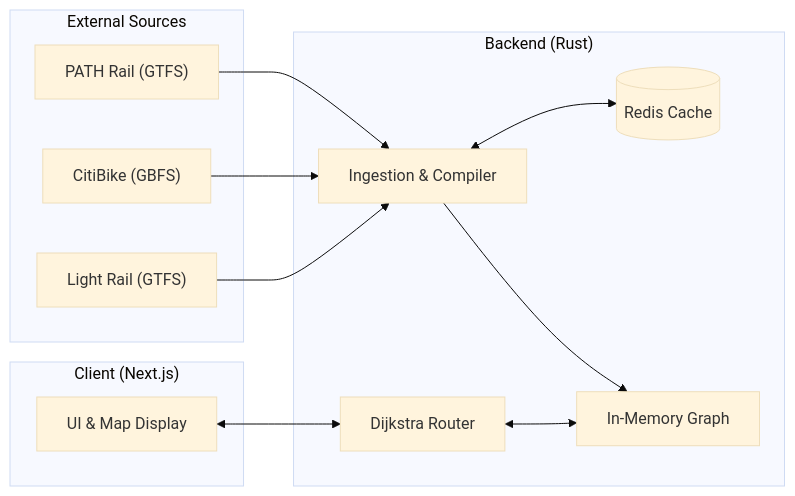
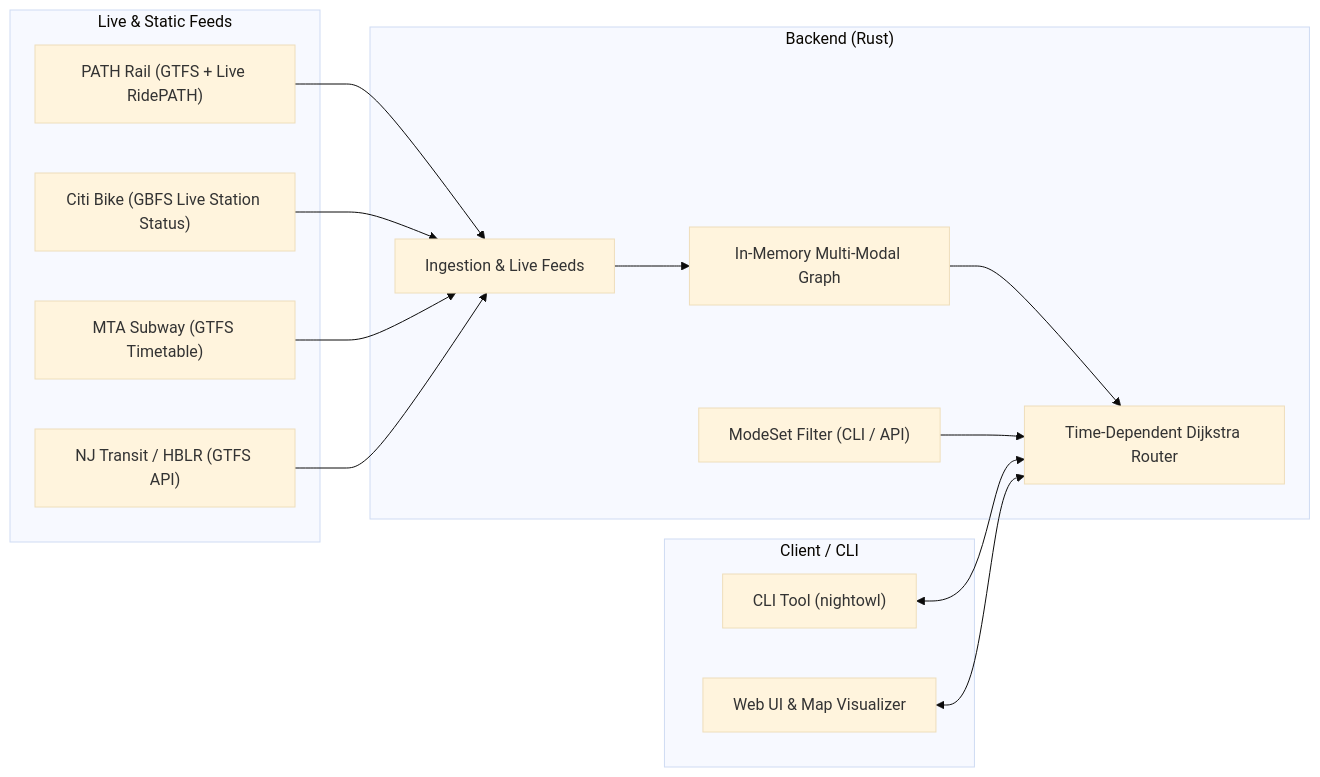
The diagram in README.md (shivabalanb/nightowl), drawn with Mermaid (base theme) before and after one commit. The commit also changed other lines of this file and 32 other files, not shown here.

Commit message:
feat: complete Stage 3 & 4 - real-time feeds, MTA subway, HBLR expansion, and modal CLI toggles

````diff
--- a/README.md
+++ b/README.md
@@ -9,26 +9,29 @@
 ```mermaid
 graph LR
-    subgraph External ["External Sources"]
-        PATH["PATH Rail (GTFS)"]
-        CB["CitiBike (GBFS)"]
-        HBLR["Light Rail (GTFS)"]
+    subgraph External ["Live & Static Feeds"]
+        PATH["PATH Rail (GTFS + Live RidePATH)"]
+        CB["Citi Bike (GBFS Live Station Status)"]
+        MTA["MTA Subway (GTFS Timetable)"]
+        HBLR["NJ Transit / HBLR (GTFS API)"]
     end
 
     subgraph Backend ["Backend (Rust)"]
-        ING["Ingestion & Compiler"]
-        REDIS[("Redis Cache")]
-        GRAPH["In-Memory Graph"]
-        ROUTE["Dijkstra Router"]
+        ING["Ingestion & Live Feeds"]
+        GRAPH["In-Memory Multi-Modal Graph"]
+        FILTER["ModeSet Filter (CLI / API)"]
+        ROUTE["Time-Dependent Dijkstra Router"]
         
-        ING <--> REDIS
         ING --> GRAPH
-        ROUTE <--> GRAPH
+        GRAPH --> ROUTE
+        FILTER --> ROUTE
     end
 
-    subgraph Client ["Client (Next.js)"]
-        UI["UI & Map Display"]
+    subgraph Client ["Client / CLI"]
+        CLI["CLI Tool (nightowl)"]
+        UI["Web UI & Map Visualizer"]
     end
 
-    PATH & CB & HBLR --> ING
+    PATH & CB & MTA & HBLR --> ING
+    CLI <--> ROUTE
     UI <--> ROUTE
 ```
````
